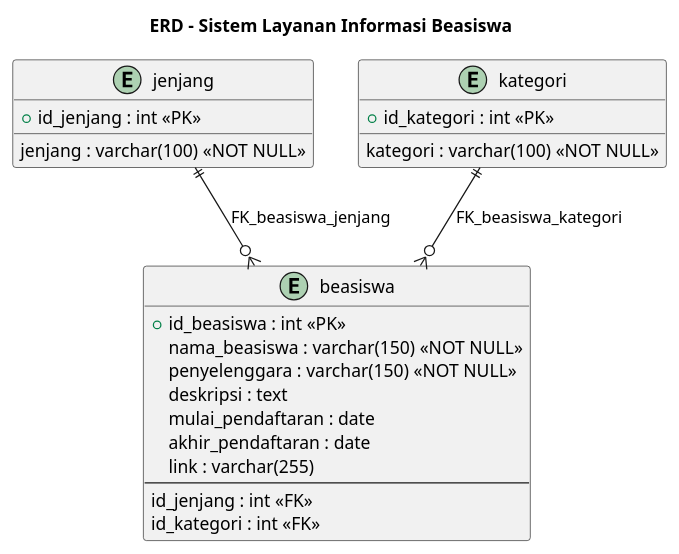
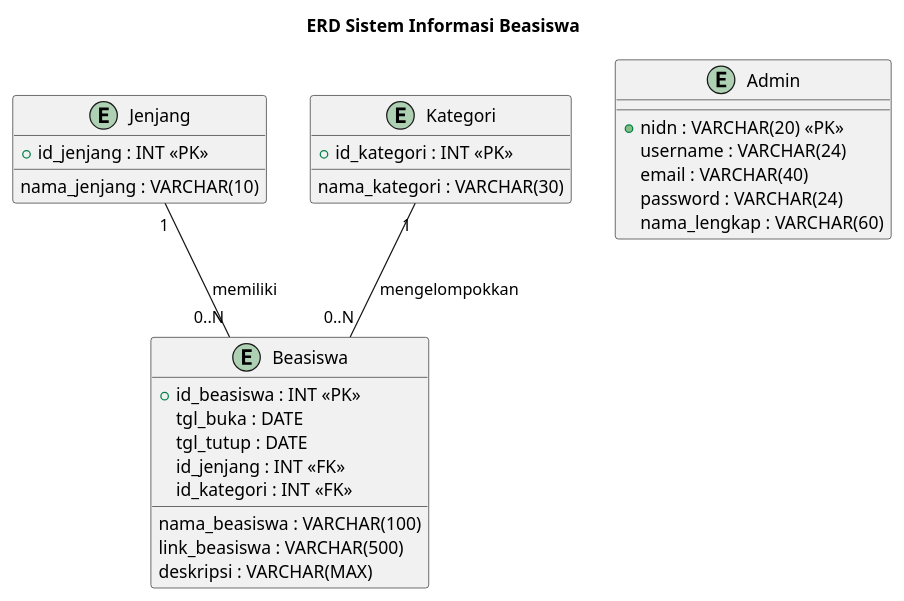
Before and after one commit to RizqiMaulana14/Project: the diagram in erd.puml, drawn with PlantUML.

Commit message:
revisi erd

```diff
--- a/erd.puml
+++ b/erd.puml
@@ -1,31 +1,36 @@
 @startuml
-title ERD - Sistem Layanan Informasi Beasiswa
+title ERD Sistem Informasi Beasiswa
 
-entity jenjang {
-    +id_jenjang : int <<PK>>
-    jenjang : varchar(100) <<NOT NULL>>
+entity Jenjang {
+  +id_jenjang : INT <<PK>>
+  nama_jenjang : VARCHAR(10)
 }
 
-entity kategori {
-    +id_kategori : int <<PK>>
-    kategori : varchar(100) <<NOT NULL>>
+entity Kategori {
+  +id_kategori : INT <<PK>>
+  nama_kategori : VARCHAR(30)
 }
 
-entity beasiswa {
-    +id_beasiswa : int <<PK>>
-    nama_beasiswa : varchar(150) <<NOT NULL>>
-    penyelenggara : varchar(150) <<NOT NULL>>
-    deskripsi : text 
-    mulai_pendaftaran : date 
-    akhir_pendaftaran : date
-    link : varchar(255)
-    --
-    id_jenjang : int <<FK>> 
-    id_kategori : int <<FK>>
+entity Admin {
+  +nidn : VARCHAR(20) <<PK>>
+  username : VARCHAR(24)
+  email : VARCHAR(40)
+  password : VARCHAR(24)
+  nama_lengkap : VARCHAR(60)
 }
 
-' Relasi dengan constraint
-jenjang ||--o{ beasiswa : FK_beasiswa_jenjang
-kategori ||--o{ beasiswa : FK_beasiswa_kategori
+entity Beasiswa {
+  +id_beasiswa : INT <<PK>>
+  nama_beasiswa : VARCHAR(100)
+  tgl_buka : DATE
+  tgl_tutup : DATE
+  link_beasiswa : VARCHAR(500)
+  deskripsi : VARCHAR(MAX)
+  id_jenjang : INT <<FK>>
+  id_kategori : INT <<FK>>
+}
+
+Jenjang "1" -- "0..N" Beasiswa : memiliki
+Kategori "1" -- "0..N" Beasiswa : mengelompokkan
 
 @enduml
```
